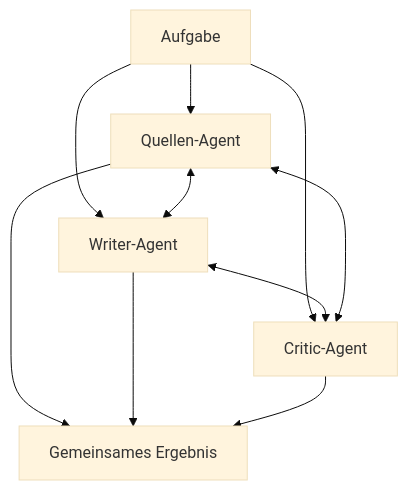
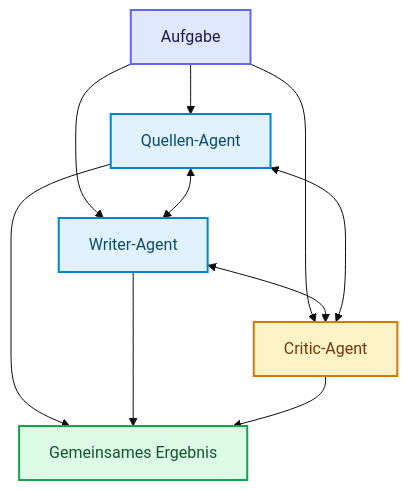
Before and after one commit to ralf-42/Agenten: the eighth of 10 diagrams in docs/06-multi-agent-erweiterungen/multi-agent-systeme.md, drawn with Mermaid (base theme). The commit also changed other lines of this file and 18 other files, not shown here.

````diff
--- a/docs/06-multi-agent-erweiterungen/multi-agent-systeme.md
+++ b/docs/06-multi-agent-erweiterungen/multi-agent-systeme.md
@@ -251,12 +312,21 @@
 ```mermaid
 flowchart TD
     A[Aufgabe] --> R[Quellen-Agent]
     A --> W[Writer-Agent]
     A --> C[Critic-Agent]
     R <--> W
     W <--> C
     C <--> R
     R --> E[Gemeinsames Ergebnis]
     W --> E
     C --> E
+
+    classDef default fill:#e0f2fe,stroke:#0284c7,stroke-width:2px,color:#0c4a6e;
+    classDef input fill:#e0e7ff,stroke:#6366f1,stroke-width:2px,color:#1e1b4b;
+    classDef metric fill:#fef3c7,stroke:#d97706,stroke-width:2px,color:#78350f;
+    classDef output fill:#dcfce7,stroke:#16a34a,stroke-width:2px,color:#14532d;
+
+    class A input;
+    class C metric;
+    class E output;
 ```
````
